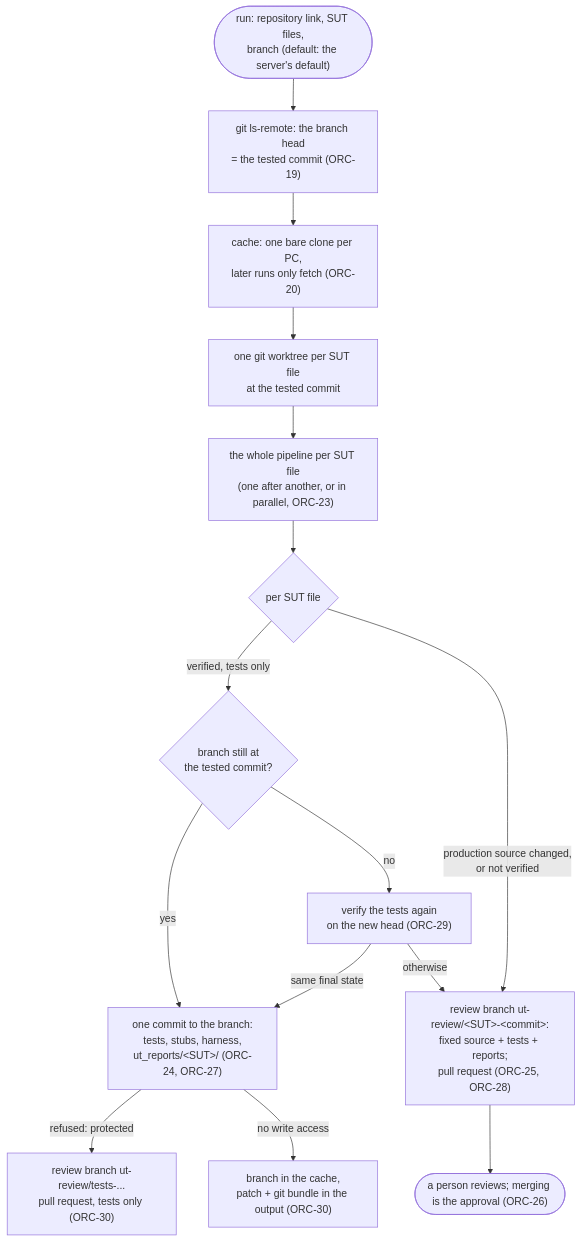
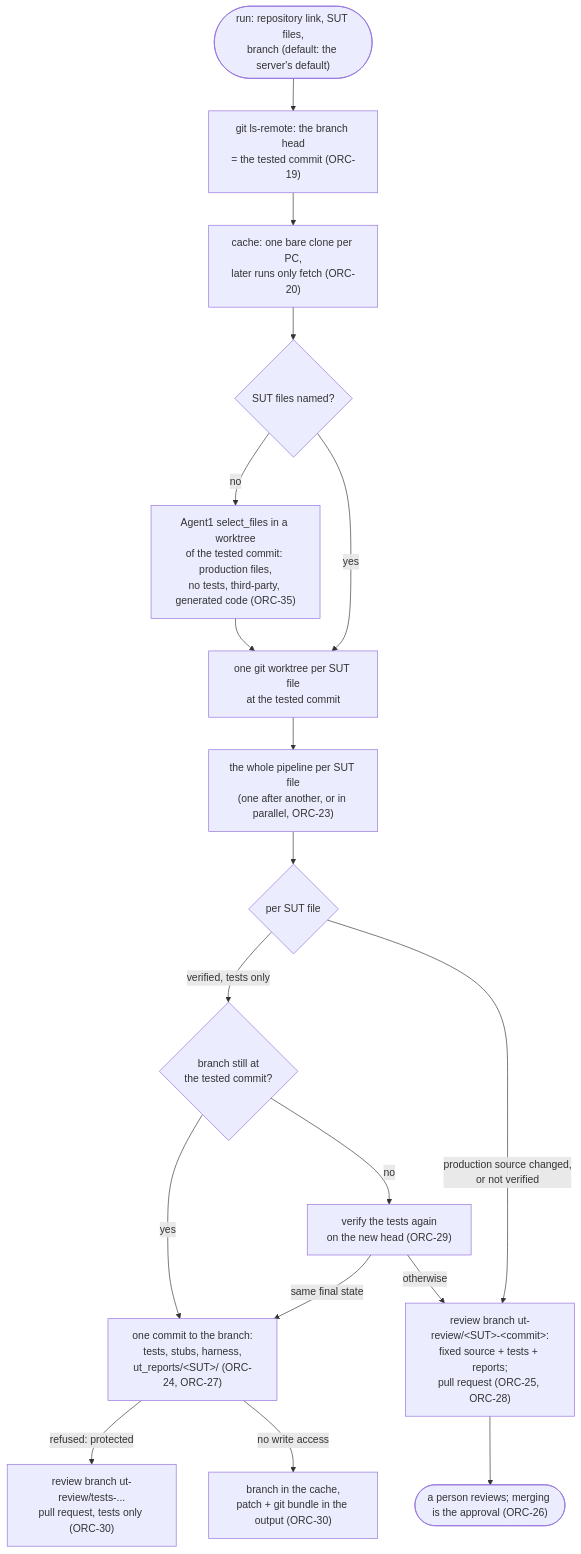
Before and after one commit to bharatd03/Unittest: the ninth of 12 diagrams in Docs/ORCHESTRATION.md, drawn with Mermaid. The commit also changed other lines of this file and 31 other files, not shown here.

````diff
--- a/Docs/ORCHESTRATION.md
+++ b/Docs/ORCHESTRATION.md
@@ -250,17 +280,20 @@
 ```mermaid
 flowchart TD
     link(["run: repository link, SUT files,<br/>branch (default: the server's default)"]) --> head["git ls-remote: the branch head<br/>= the tested commit (ORC-19)"]
     head --> cache["cache: one bare clone per PC,<br/>later runs only fetch (ORC-20)"]
-    cache --> wt["one git worktree per SUT file<br/>at the tested commit"]
+    cache --> named{"SUT files named?"}
+    named -- no --> select["Agent1 select_files in a worktree<br/>of the tested commit: production files,<br/>no tests, third-party, generated code (ORC-35)"]
+    select --> wt
+    named -- yes --> wt["one git worktree per SUT file<br/>at the tested commit"]
     wt --> pipe["the whole pipeline per SUT file<br/>(one after another, or in parallel, ORC-23)"]
     pipe --> kind{"per SUT file"}
     kind -- "verified, tests only" --> moved{"branch still at<br/>the tested commit?"}
     moved -- yes --> push["one commit to the branch:<br/>tests, stubs, harness,<br/>ut_reports/&lt;SUT&gt;/ (ORC-24, ORC-27)"]
     moved -- no --> again["verify the tests again<br/>on the new head (ORC-29)"]
     again -- "same final state" --> push
     again -- otherwise --> pr
     push -- "refused: protected" --> testsPr["review branch ut-review/tests-...<br/>pull request, tests only (ORC-30)"]
     push -- "no write access" --> local["branch in the cache,<br/>patch + git bundle in the output (ORC-30)"]
     kind -- "production source changed,<br/>or not verified" --> pr["review branch ut-review/&lt;SUT&gt;-&lt;commit&gt;:<br/>fixed source + tests + reports;<br/>pull request (ORC-25, ORC-28)"]
     pr --> human(["a person reviews; merging is the approval (ORC-26)"])
 ```
````
